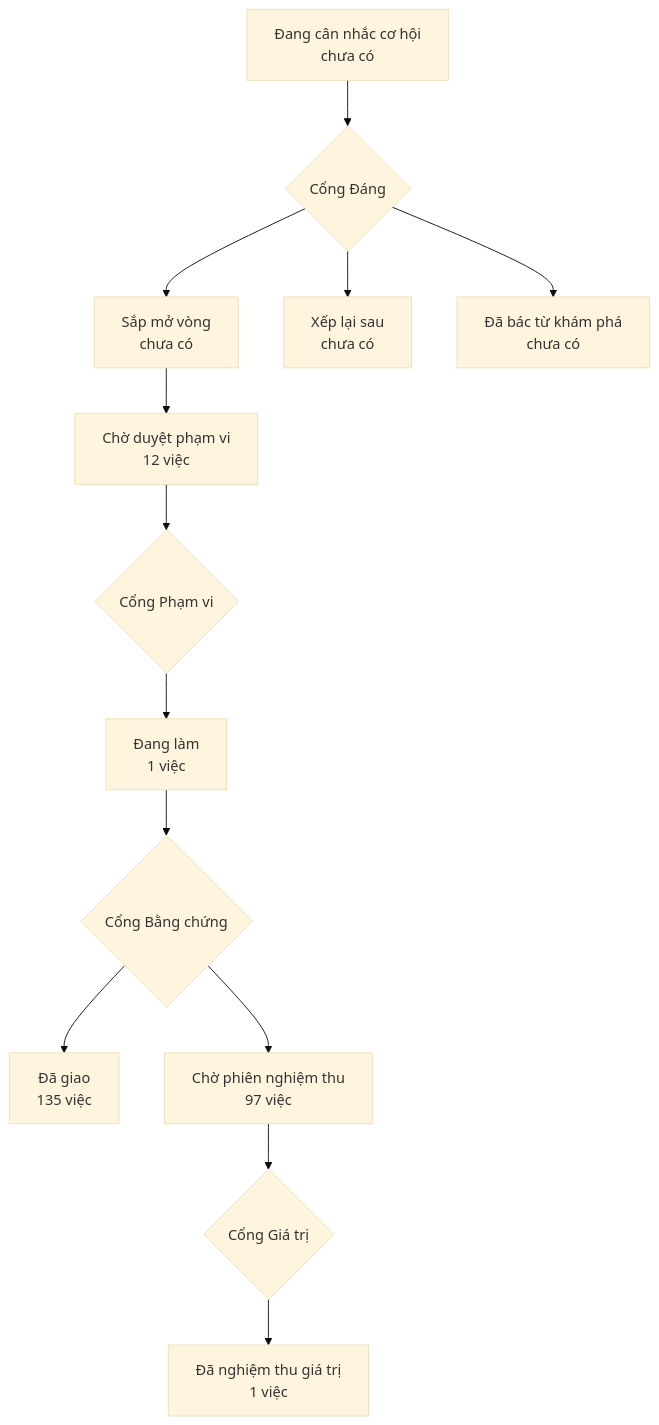
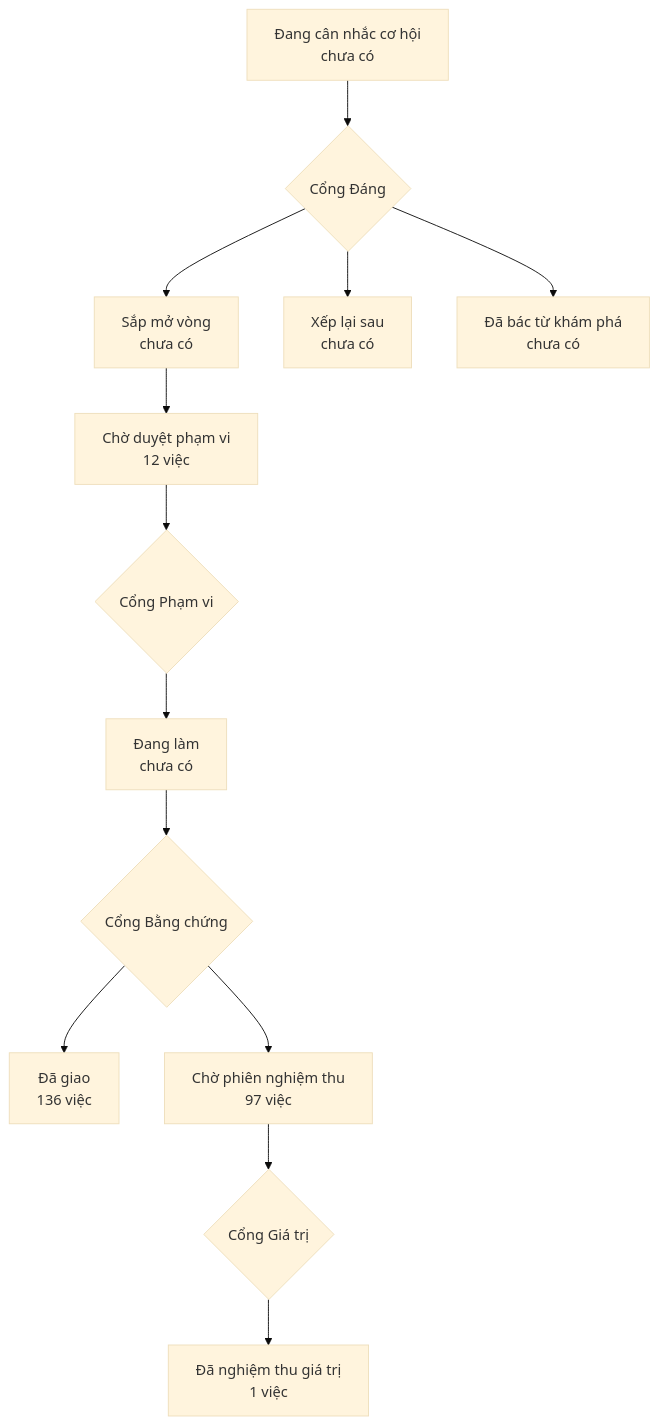
The diagram in PRODUCT-MAP.md (phanlemanh/onehub-invest), drawn with Mermaid (base theme) before and after one commit. The commit also changed other lines of this file and 4 other files, not shown here.

````diff
--- a/PRODUCT-MAP.md
+++ b/PRODUCT-MAP.md
@@ -7,12 +7,12 @@
 ```mermaid
 flowchart TD
   A["Đang cân nhắc cơ hội<br/>chưa có"] --> GD{"Cổng Đáng"}
   GD --> B["Sắp mở vòng<br/>chưa có"]
   GD --> XL["Xếp lại sau<br/>chưa có"]
   GD --> DB["Đã bác từ khám phá<br/>chưa có"]
   B --> CD["Chờ duyệt phạm vi<br/>12 việc"] --> GP{"Cổng Phạm vi"}
-  GP --> DL["Đang làm<br/>1 việc"] --> GB{"Cổng Bằng chứng"}
-  GB --> DG["Đã giao<br/>135 việc"]
+  GP --> DL["Đang làm<br/>chưa có"] --> GB{"Cổng Bằng chứng"}
+  GB --> DG["Đã giao<br/>136 việc"]
   GB --> CN["Chờ phiên nghiệm thu<br/>97 việc"] --> GG{"Cổng Giá trị"}
   GG --> NT["Đã nghiệm thu giá trị<br/>1 việc"]
 ```
````
